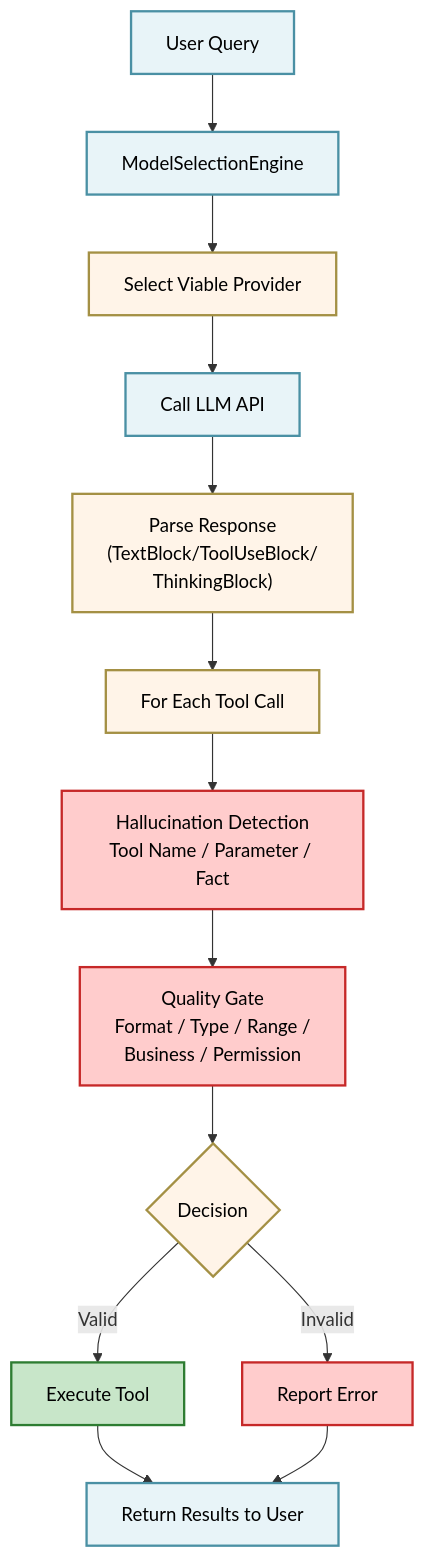
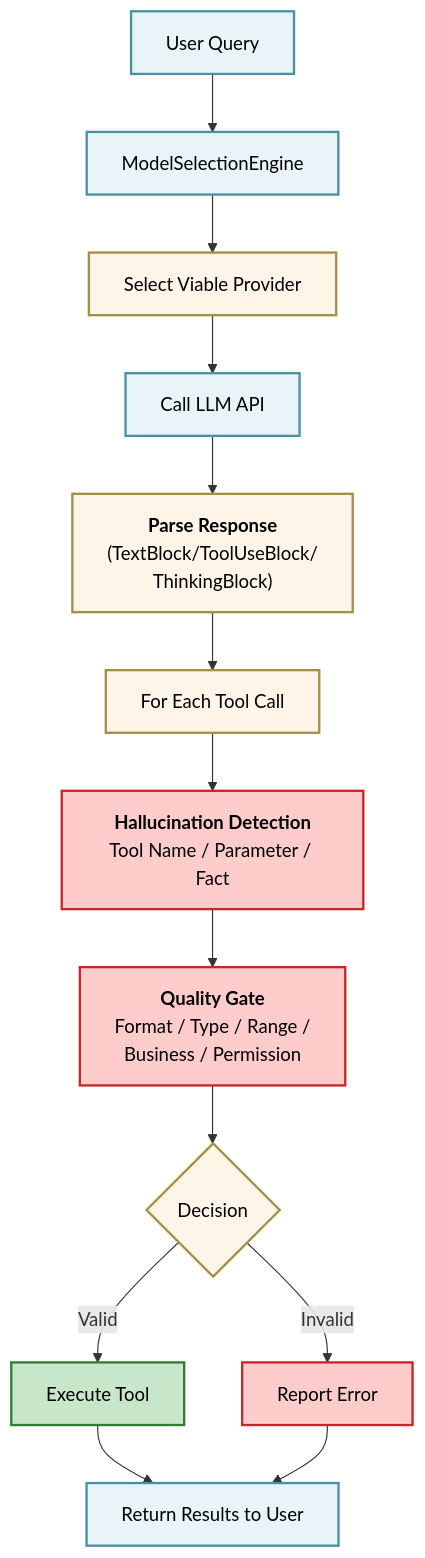
One commit to yeasy/harness_engineering_guide changed the sixth of 6 diagrams in 07_model_integration/summary.md. Above: the diagram before and after it, drawn with Mermaid. The commit also changed other lines of this file and 26 other files, not shown here.

Commit message:
Add bold titles to Mermaid diagram nodes

````diff
--- a/07_model_integration/summary.md
+++ b/07_model_integration/summary.md
@@ -226,28 +226,28 @@
 ```mermaid
 graph TD
     A["User Query"] --> B["ModelSelectionEngine"]
     B --> C["Select Viable Provider"]
     C --> D["Call LLM API"]
-    D --> E["Parse Response<br/>(TextBlock/ToolUseBlock/<br/>ThinkingBlock)"]
+    D --> E["<b>Parse Response</b><br/>(TextBlock/ToolUseBlock/<br/>ThinkingBlock)"]
     E --> F["For Each Tool Call"]
-    F --> G["Hallucination Detection<br/>Tool Name / Parameter / Fact"]
-    G --> H["Quality Gate<br/>Format / Type / Range /<br/>Business / Permission"]
+    F --> G["<b>Hallucination Detection</b><br/>Tool Name / Parameter / Fact"]
+    G --> H["<b>Quality Gate</b><br/>Format / Type / Range /<br/>Business / Permission"]
     H --> I{Decision}
     I -->|Valid| J["Execute Tool"]
     I -->|Invalid| K["Report Error"]
     J --> L["Return Results to User"]
     K --> L
 
     style A fill:#e8f4f8,stroke:#4a90a4,stroke-width:2px,color:#000000
     style B fill:#e8f4f8,stroke:#4a90a4,stroke-width:2px,color:#000000
     style C fill:#fff4e8,stroke:#a49044,stroke-width:2px,color:#000000
     style D fill:#e8f4f8,stroke:#4a90a4,stroke-width:2px,color:#000000
     style E fill:#fff4e8,stroke:#a49044,stroke-width:2px,color:#000000
     style F fill:#fff4e8,stroke:#a49044,stroke-width:2px,color:#000000
     style G fill:#ffcccc,stroke:#c62828,stroke-width:2px,color:#000000
     style H fill:#ffcccc,stroke:#c62828,stroke-width:2px,color:#000000
     style I fill:#fff4e8,stroke:#a49044,stroke-width:2px,color:#000000
     style J fill:#c8e6c9,stroke:#2e7d32,stroke-width:2px,color:#000000
     style K fill:#ffcccc,stroke:#c62828,stroke-width:2px,color:#000000
     style L fill:#e8f4f8,stroke:#4a90a4,stroke-width:2px,color:#000000
 ```
````
